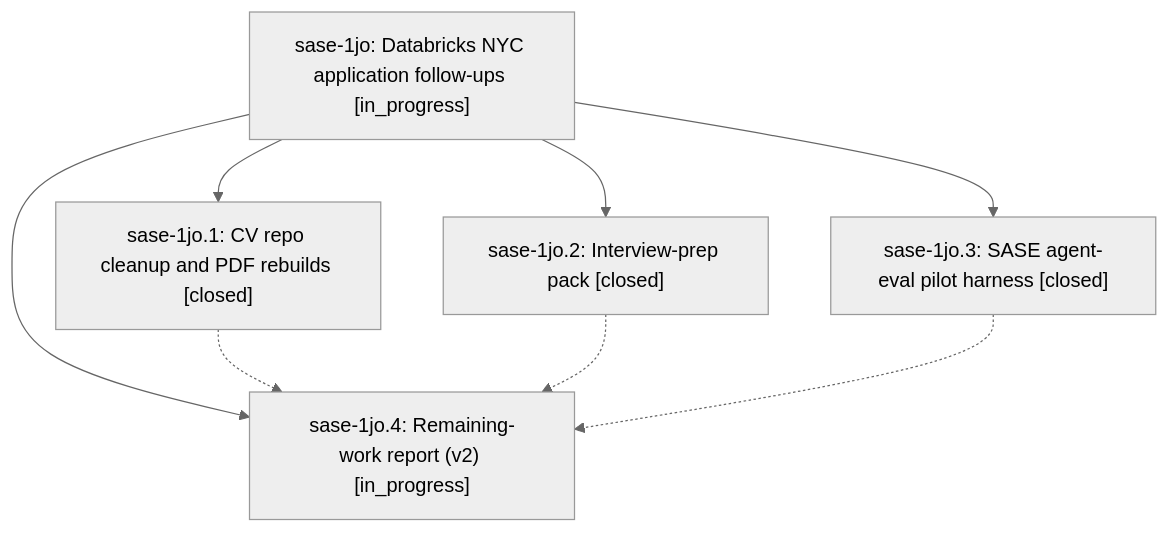
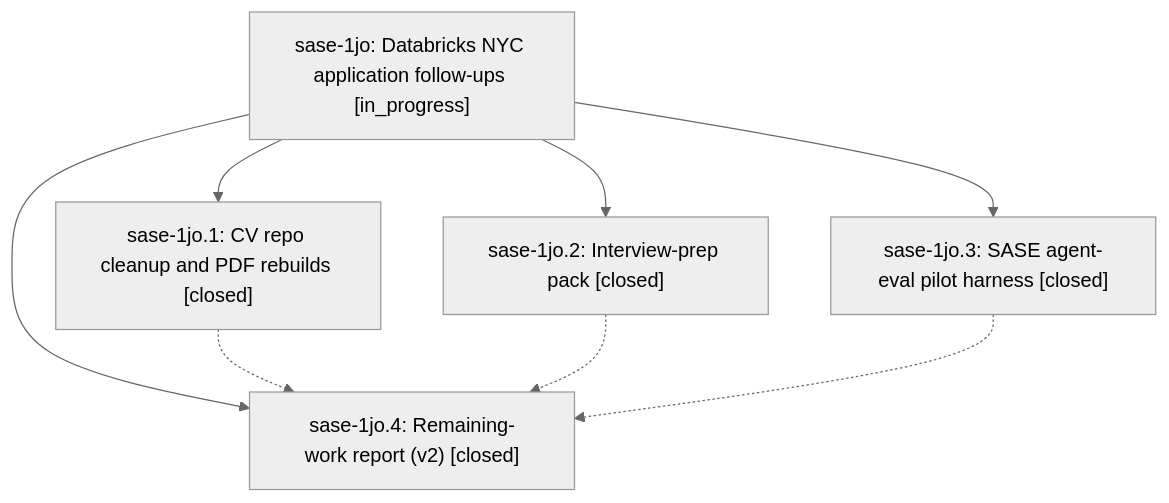
Before and after one commit to sase-org/sase--beads: the diagram in pages/sase-1jo/README.md, drawn with Mermaid (neutral theme). The commit also changed other lines of this file and 4 other files, not shown here.

````diff
--- a/pages/sase-1jo/README.md
+++ b/pages/sase-1jo/README.md
@@ -37,15 +39,15 @@
 ```mermaid
 flowchart TD
     n0["sase-1jo: Databricks NYC application follow-ups [in_progress]"]
     n1["sase-1jo.1: CV repo cleanup and PDF rebuilds [closed]"]
     n2["sase-1jo.2: Interview-prep pack [closed]"]
     n3["sase-1jo.3: SASE agent-eval pilot harness [closed]"]
-    n4["sase-1jo.4: Remaining-work report (v2) [in_progress]"]
+    n4["sase-1jo.4: Remaining-work report (v2) [closed]"]
     n0 --> n1
     n0 --> n2
     n0 --> n3
     n0 --> n4
     n1 -.-> n4
     n2 -.-> n4
     n3 -.-> n4
 ```
````
